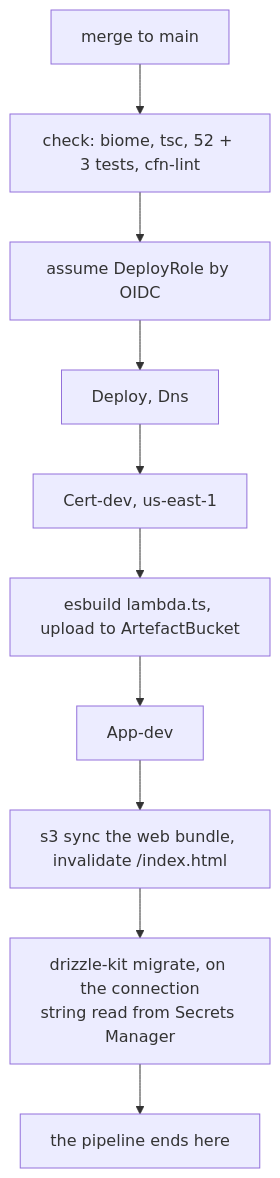
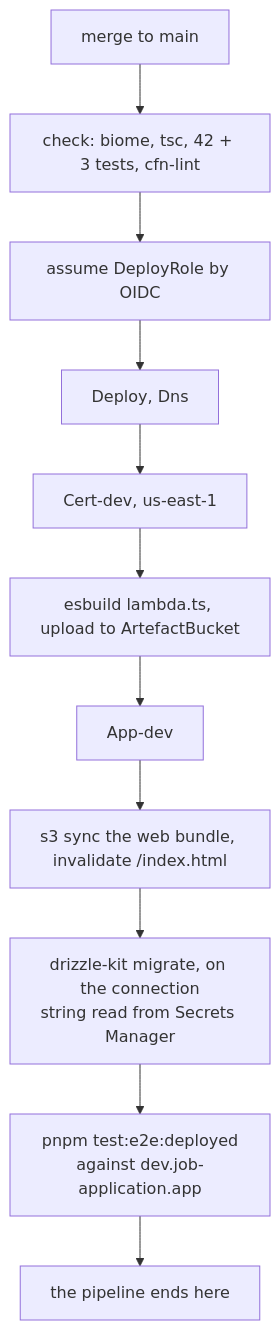
One commit to Ovich/job-application-ai changed the fifth of 5 diagrams in infra/architecture.md. Above: the diagram before and after it, drawn with Mermaid. The commit also changed other lines of this file and 32 other files, not shown here.

````diff
--- a/infra/architecture.md
+++ b/infra/architecture.md
@@ -401,12 +404,13 @@
 ```mermaid
 flowchart TB
-  merge["merge to main"] --> check["check: biome, tsc, 52 + 3 tests, cfn-lint"]
+  merge["merge to main"] --> check["check: biome, tsc, 42 + 3 tests, cfn-lint"]
   check --> oidc["assume DeployRole by OIDC"]
   oidc --> shared["Deploy, Dns"]
   shared --> cert["Cert-dev, us-east-1"]
   cert --> bundle["esbuild lambda.ts, upload to ArtefactBucket"]
   bundle --> app["App-dev"]
   app --> sync["s3 sync the web bundle, invalidate /index.html"]
   sync --> migrate["drizzle-kit migrate, on the connection<br/>string read from Secrets Manager"]
-  migrate --> done["the pipeline ends here"]
+  migrate --> checked["pnpm test:e2e:deployed<br/>against dev.job-application.app"]
+  checked --> done["the pipeline ends here"]
 ```
````
